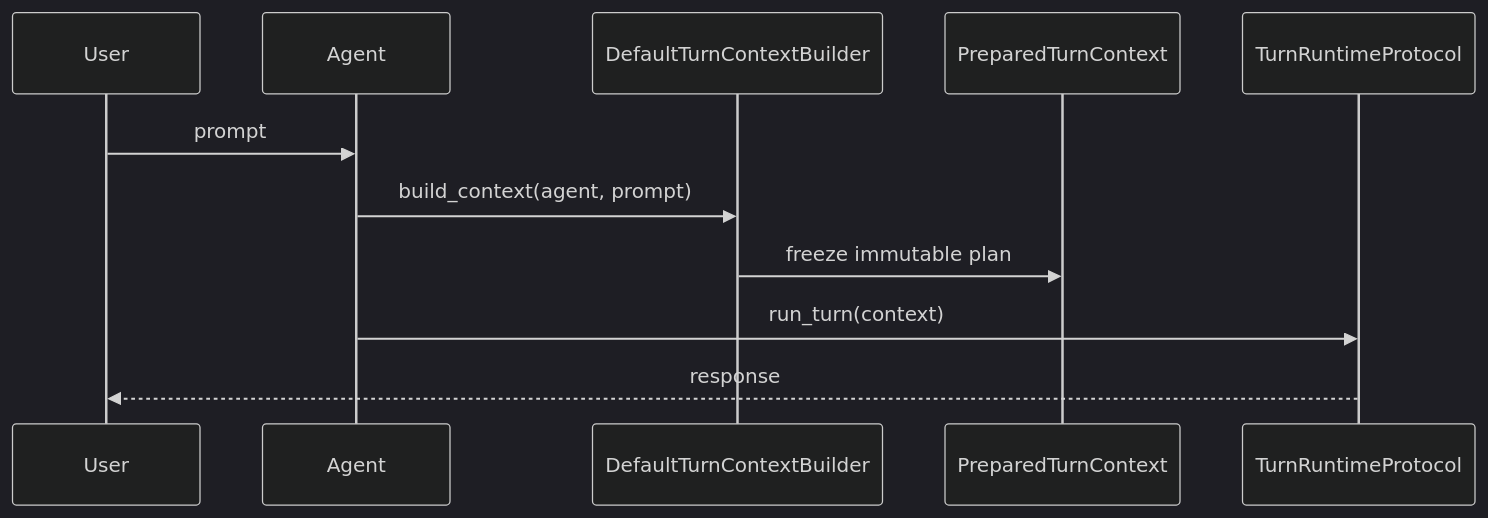
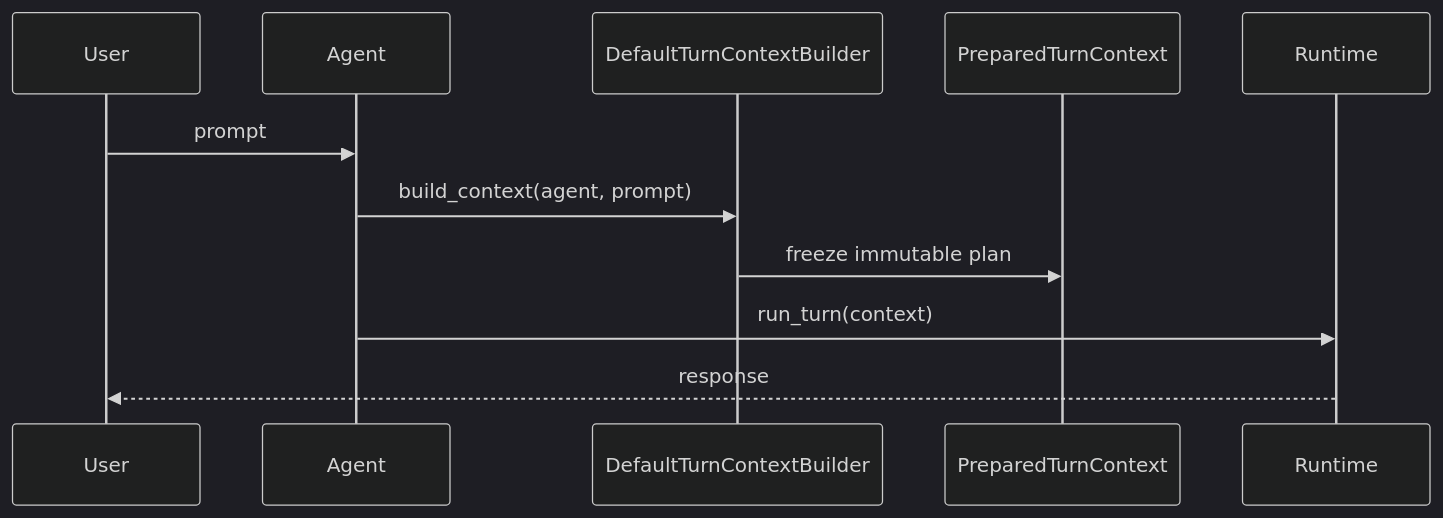
Before and after one commit to MervinPraison/PraisonAIDocs: the second of 2 diagrams in docs/features/prepared-turn-context.mdx, drawn with Mermaid (dark theme). The commit also changed other lines of this file and 4 other files, not shown here.

````diff
--- a/docs/features/prepared-turn-context.mdx
+++ b/docs/features/prepared-turn-context.mdx
@@ -67,14 +82,14 @@
 ```mermaid
 sequenceDiagram
     participant User
     participant Agent
     participant Builder as DefaultTurnContextBuilder
     participant Context as PreparedTurnContext
-    participant Runtime as TurnRuntimeProtocol
+    participant Runtime
 
     User->>Agent: prompt
     Agent->>Builder: build_context(agent, prompt)
     Builder->>Context: freeze immutable plan
     Agent->>Runtime: run_turn(context)
     Runtime-->>User: response
 ```
````
